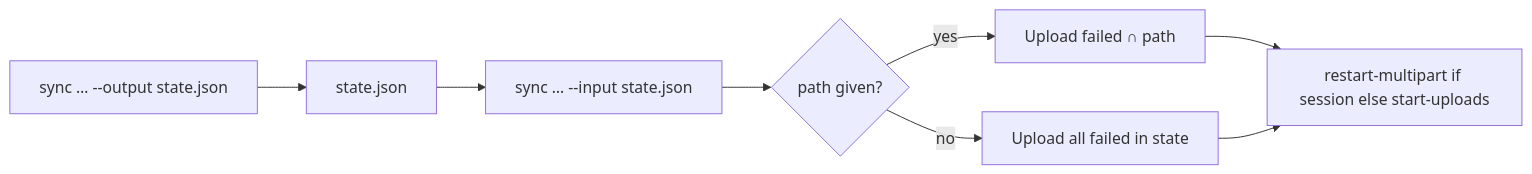
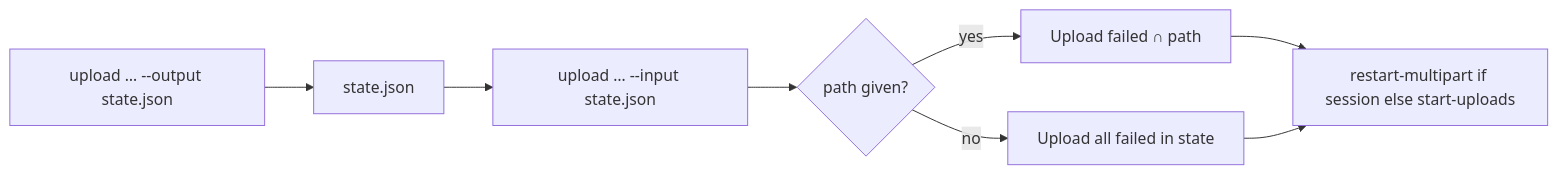
One commit to gfbio/gfbio-data-submission changed the fifth of 6 diagrams in scripts/gfbio_submissions_upload_progress_flow.md. Above: the diagram before and after it, drawn with Mermaid. The commit also changed other lines of this file and 2 other files, not shown here.

````diff
--- a/scripts/gfbio_submissions_upload_progress_flow.md
+++ b/scripts/gfbio_submissions_upload_progress_flow.md
@@ -300,10 +298,10 @@
 ```mermaid
 flowchart LR
-    RUN1["sync … --output state.json"] --> OUT[state.json]
-    OUT --> RUN2["sync … --input state.json"]
+    RUN1["upload … --output state.json"] --> OUT[state.json]
+    OUT --> RUN2["upload … --input state.json"]
     RUN2 --> FILTER{path given?}
     FILTER -->|yes| SUB["Upload failed ∩ path"]
     FILTER -->|no| ALL["Upload all failed in state"]
     SUB --> UP["restart-multipart if session else start-uploads"]
     ALL --> UP
 ```
````
